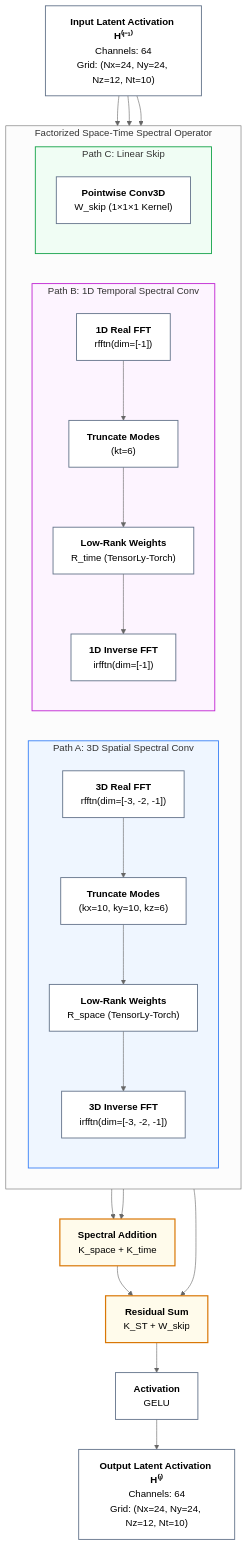
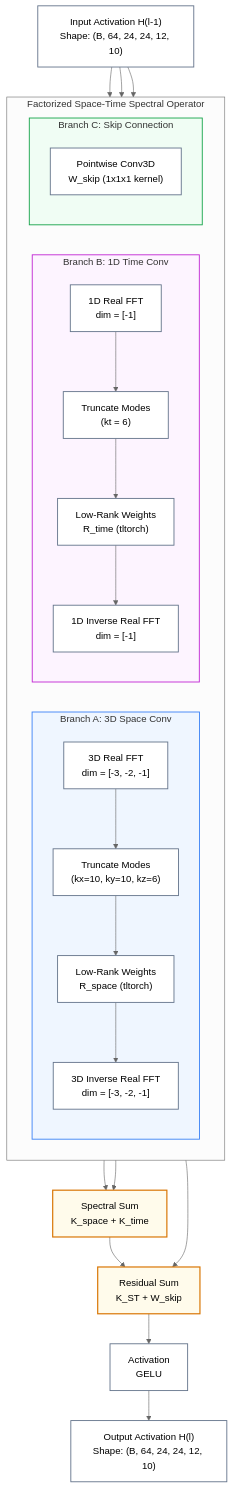
Before and after one commit to arpit-kapoor/GW_SciML: the second of 2 diagrams in docs/space_time_fno_overview.md, drawn with Mermaid (neutral theme). The commit also changed other lines of this file, not shown here.

Commit message:
docs: update Mermaid diagrams to improve layout and clarify model architecture details

````diff
--- a/docs/space_time_fno_overview.md
+++ b/docs/space_time_fno_overview.md
@@ -62,43 +57,54 @@
 ```mermaid
 flowchart TD
-    in_act["<b>Input Latent Activation H⁽ˡ⁻¹⁾</b><br/>Channels: 64<br/>Grid: (Nx=24, Ny=24, Nz=12, Nt=10)"]
+    in_act["Input Activation H(l-1)<br/>Shape: (B, 64, 24, 24, 12, 10)"]
 
     subgraph FACTORIZED_CONV ["Factorized Space-Time Spectral Operator"]
         direction LR
         
-        subgraph SPACE ["Path A: 3D Spatial Spectral Conv"]
+        subgraph SPACE ["Branch A: 3D Space Conv"]
             direction TB
-            s_fft["<b>3D Real FFT</b><br/>rfftn(dim=[-3, -2, -1])"] --> s_mode["<b>Truncate Modes</b><br/>(kx=10, ky=10, kz=6)"] --> s_weight["<b>Low-Rank Weights</b><br/>R_space (TensorLy-Torch)"] --> s_ifft["<b>3D Inverse FFT</b><br/>irfftn(dim=[-3, -2, -1])"]
+            s_fft["3D Real FFT<br/>dim = [-3, -2, -1]"]
+            s_mode["Truncate Modes<br/>(kx=10, ky=10, kz=6)"]
+            s_weight["Low-Rank Weights<br/>R_space (tltorch)"]
+            s_ifft["3D Inverse Real FFT<br/>dim = [-3, -2, -1]"]
+            
+            s_fft --> s_mode --> s_weight --> s_ifft
         end
 
-        subgraph TIME ["Path B: 1D Temporal Spectral Conv"]
+        subgraph TIME ["Branch B: 1D Time Conv"]
             direction TB
-            t_fft["<b>1D Real FFT</b><br/>rfftn(dim=[-1])"] --> t_mode["<b>Truncate Modes</b><br/>(kt=6)"] --> t_weight["<b>Low-Rank Weights</b><br/>R_time (TensorLy-Torch)"] --> t_ifft["<b>1D Inverse FFT</b><br/>irfftn(dim=[-1])"]
+            t_fft["1D Real FFT<br/>dim = [-1]"]
+            t_mode["Truncate Modes<br/>(kt = 6)"]
+            t_weight["Low-Rank Weights<br/>R_time (tltorch)"]
+            t_ifft["1D Inverse Real FFT<br/>dim = [-1]"]
+            
+            t_fft --> t_mode --> t_weight --> t_ifft
         end
 
-        subgraph SKIP ["Path C: Linear Skip"]
+        subgraph SKIP ["Branch C: Skip Connection"]
             direction TB
-            skip_conv["<b>Pointwise Conv3D</b><br/>W_skip (1×1×1 Kernel)"]
+            skip_conv["Pointwise Conv3D<br/>W_skip (1x1x1 kernel)"]
         end
     end
 
     in_act --> SPACE
     in_act --> TIME
     in_act --> SKIP
 
-    SPACE & TIME --> add_spectral["<b>Spectral Addition</b><br/>K_space + K_time"]
-    add_spectral & SKIP --> add_all["<b>Residual Sum</b><br/>K_ST + W_skip"]
-    add_all --> act["<b>Activation</b><br/>GELU"] --> out_act["<b>Output Latent Activation H⁽ˡ⁾</b><br/>Channels: 64<br/>Grid: (Nx=24, Ny=24, Nz=12, Nt=10)"]
+    SPACE & TIME --> add_spectral["Spectral Sum<br/>K_space + K_time"]
+    add_spectral & SKIP --> add_all["Residual Sum<br/>K_ST + W_skip"]
+    add_all --> act["Activation<br/>GELU"]
+    act --> out_act["Output Activation H(l)<br/>Shape: (B, 64, 24, 24, 12, 10)"]
 
     classDef default fill:#ffffff,stroke:#64748b,stroke-width:1.5px;
     classDef spaceStyle fill:#eff6ff,stroke:#3b82f6,stroke-width:1.5px;
     classDef timeStyle fill:#fdf4ff,stroke:#c026d3,stroke-width:1.5px;
     classDef skipStyle fill:#f0fdf4,stroke:#16a34a,stroke-width:1.5px;
     classDef sumStyle fill:#fffbeb,stroke:#d97706,stroke-width:2px;
 
     class in_act,out_act,act default;
     class SPACE spaceStyle;
     class TIME timeStyle;
     class SKIP skipStyle;
     class add_spectral,add_all sumStyle;
 ```
````
